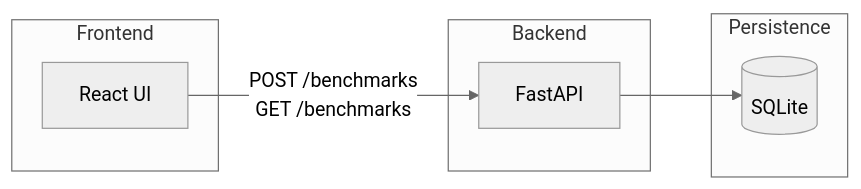
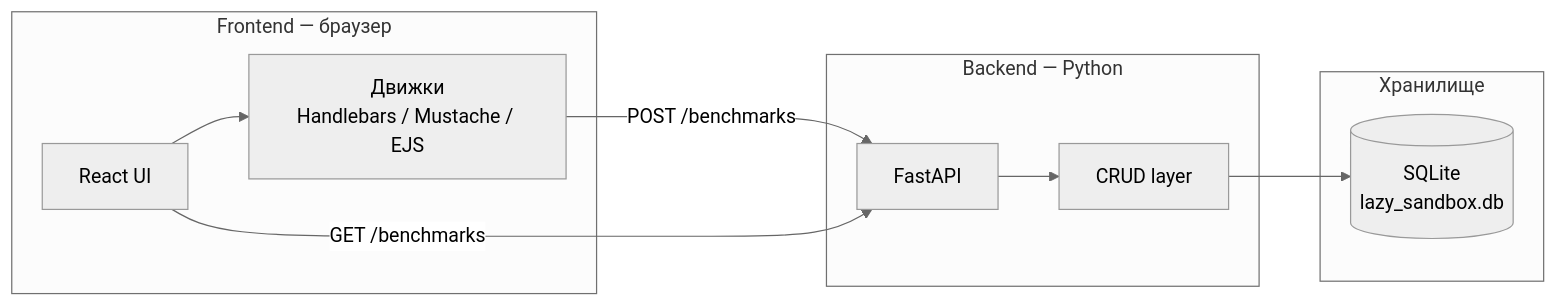
One commit to lonely-crab/lazy-sandbox changed the diagram in docs/architecture.md. Above: the diagram before and after it, drawn with Mermaid (neutral theme). The commit also changed other lines of this file and 7 other files, not shown here.

````diff
--- a/docs/architecture.md
+++ b/docs/architecture.md
@@ -9,14 +11,19 @@
 ```mermaid
 flowchart LR
-    subgraph client [Frontend]
+    subgraph client [Frontend — браузер]
         UI[React UI]
+        Engines["Движки\nHandlebars / Mustache / EJS"]
+        UI --> Engines
     end
-    subgraph server [Backend]
+    subgraph server [Backend — Python]
         API[FastAPI]
+        CRUD[CRUD layer]
+        API --> CRUD
     end
-    subgraph storage [Persistence]
-        DB[(SQLite)]
+    subgraph storage [Хранилище]
+        DB[(SQLite\nlazy_sandbox.db)]
     end
-    UI -->|"POST /benchmarks\nGET /benchmarks"| API
-    API --> DB
+    Engines -->|"POST /benchmarks"| API
+    UI -->|"GET /benchmarks"| API
+    CRUD --> DB
 ```
````
